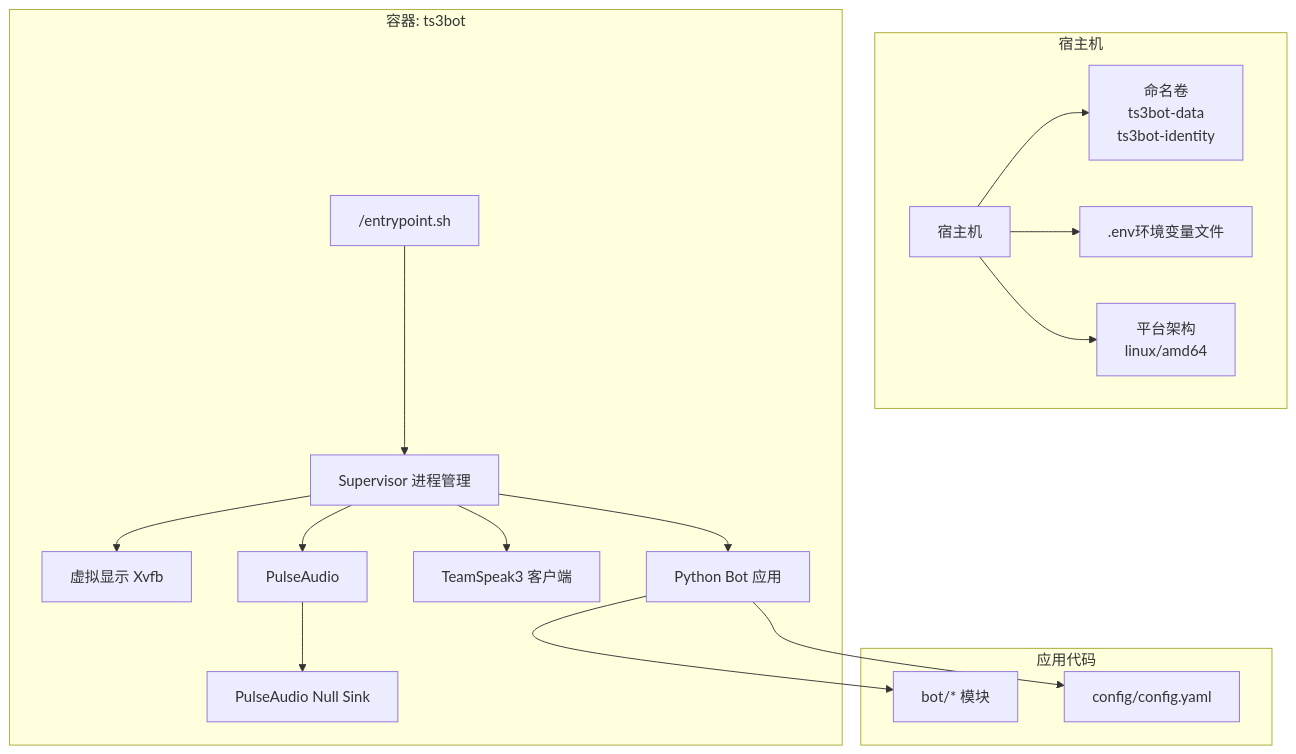
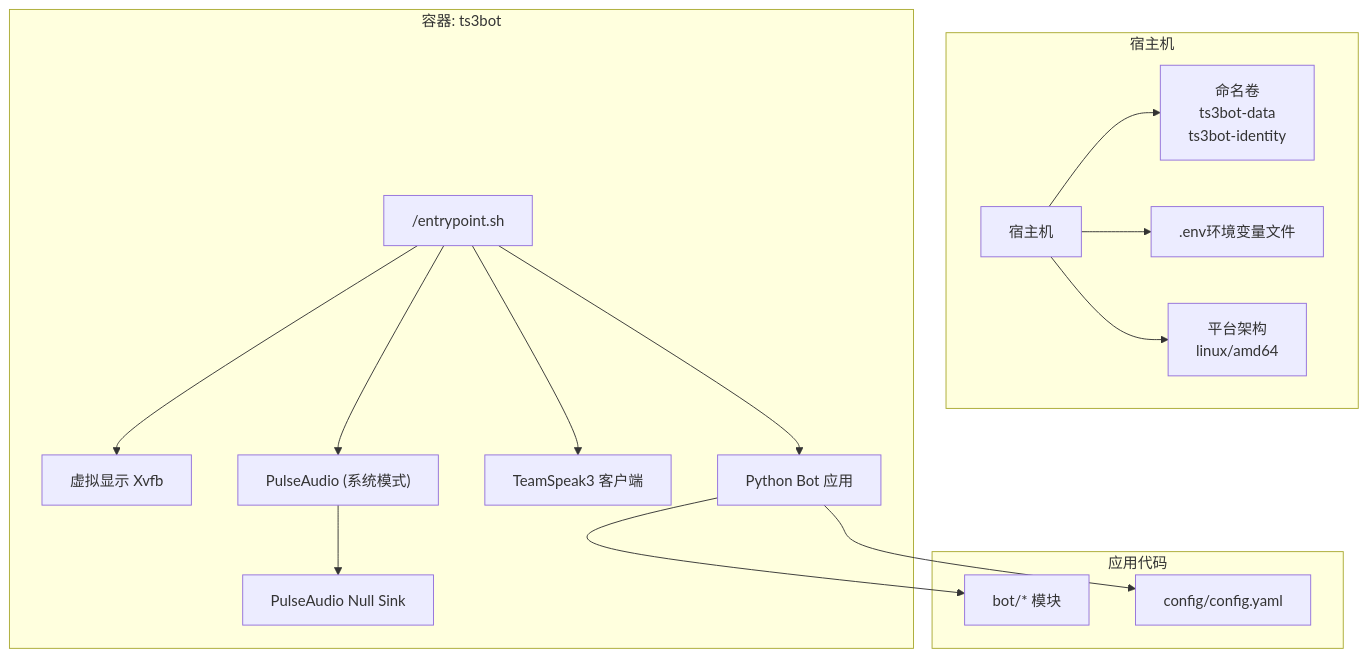
One commit to GhoulOwl/Teamspeak3_Bot changed the first of 3 diagrams in .qoder/repowiki/zh/content/部署和运维/Docker容器化部署.md. Above: the diagram before and after it, drawn with Mermaid. The commit also changed other lines of this file and 4 other files, not shown here.

````diff
--- a/.qoder/repowiki/zh/content/部署和运维/Docker容器化部署.md
+++ b/.qoder/repowiki/zh/content/部署和运维/Docker容器化部署.md
@@ -52,33 +53,31 @@
 ```mermaid
 graph TB
 subgraph "宿主机"
 Host["宿主机"]
 Volumes["命名卷<br/>ts3bot-data<br/>ts3bot-identity"]
 Env[".env环境变量文件"]
 Platform["平台架构<br/>linux/amd64"]
 end
 subgraph "容器: ts3bot"
 Entrypoint["/entrypoint.sh"]
-Supervisor["Supervisor 进程管理"]
 Xvfb["虚拟显示 Xvfb"]
-Pulse["PulseAudio"]
+Pulse["PulseAudio (系统模式)"]
 NullSink["PulseAudio Null Sink"]
 TS3Client["TeamSpeak3 客户端"]
 Bot["Python Bot 应用"]
 end
 subgraph "应用代码"
 BotCode["bot/* 模块"]
 Config["config/config.yaml"]
 end
 Host --> Volumes
 Host --> Env
 Host --> Platform
-Entrypoint --> Supervisor
-Supervisor --> Xvfb
-Supervisor --> Pulse
+Entrypoint --> Xvfb
+Entrypoint --> Pulse
 Pulse --> NullSink
-Supervisor --> TS3Client
-Supervisor --> Bot
+Entrypoint --> TS3Client
+Entrypoint --> Bot
 Bot --> BotCode
 Bot --> Config
 ```
````
